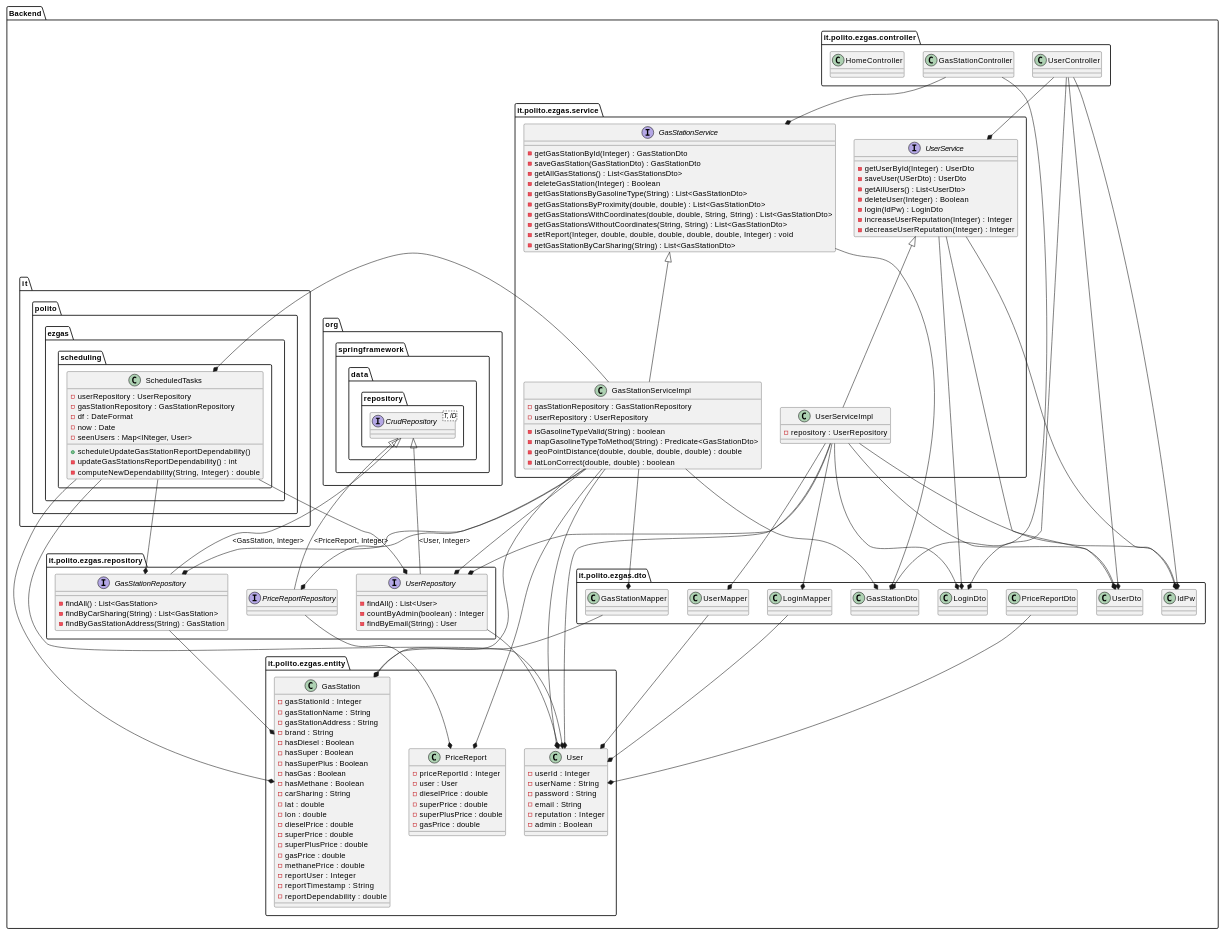
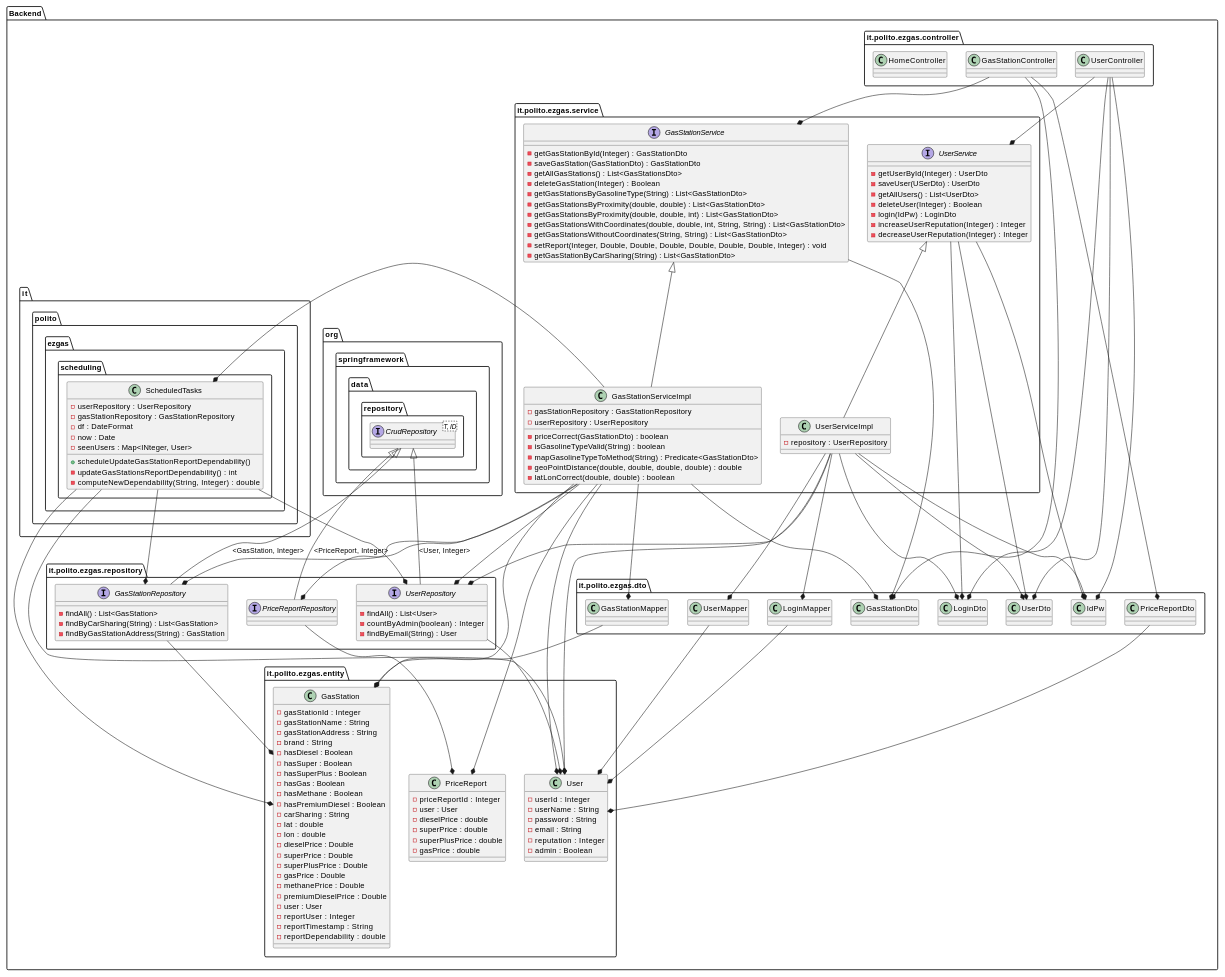
Before and after one commit to polito-se2-2020-team6/ezgas: the fourth of 15 diagrams in docs/DesignDocument.md, drawn with PlantUML. The commit also changed other lines of this file and 3 other files, not shown here.

```diff
--- a/docs/DesignDocument.md
+++ b/docs/DesignDocument.md
@@ -207,9 +206,10 @@
     - deleteGasStation(Integer) : Boolean
     - getGasStationsByGasolineType(String) : List<GasStationDto>
     - getGasStationsByProximity(double, double) : List<GasStationDto>
-    - getGasStationsWithCoordinates(double, double, String, String) : List<GasStationDto>
+    - getGasStationsByProximity(double, double, int) : List<GasStationDto>
+    - getGasStationsWithCoordinates(double, double, int, String, String) : List<GasStationDto>
     - getGasStationsWithoutCoordinates(String, String) : List<GasStationDto>
-    - setReport(Integer, double, double, double, double, double, Integer) : void
+    - setReport(Integer, Double, Double, Double, Double, Double, Double, Integer) : void
     - getGasStationByCarSharing(String) : List<GasStationDto>
 
    }
@@ -225,10 +225,11 @@
 
    }
 
-   	class "GasStationServiceImpl" as gssi {
+	class "GasStationServiceImpl" as gssi {
     - gasStationRepository : GasStationRepository
     - userRepository : UserRepository
 
+	- priceCorrect(GasStationDto) : boolean
     - isGasolineTypeValid(String) : boolean
     - mapGasolineTypeToMethod(String) : Predicate<GasStationDto>
     - geoPointDistance(double, double, double, double) : double
@@ -236,7 +237,7 @@
 	   }
 
 	class "UserServiceImpl" as usi{
-        - repository : UserRepository 
+	- repository : UserRepository 
     }
 
 	gssi -up-|> gss
@@ -262,59 +263,62 @@
 
 package "it.polito.ezgas.entity" as entity {
 	class "User" as u {
-        - userId : Integer
-        - userName : String
-        - password : String
-        - email : String
-        - reputation : Integer
-        - admin : Boolean
+	- userId : Integer
+	- userName : String
+	- password : String
+	- email : String
+	- reputation : Integer
+	- admin : Boolean
 	}
 
 	class "PriceReport" as pr {
-        - priceReportId : Integer
-        - user : User
-        - dieselPrice : double
-        - superPrice : double
-        - superPlusPrice : double
-        - gasPrice : double
+	- priceReportId : Integer
+	- user : User
+	- dieselPrice : double
+	- superPrice : double
+	- superPlusPrice : double
+	- gasPrice : double
 	}
 
 	class "GasStation" as gs {
-        - gasStationId : Integer
-        - gasStationName : String
-        - gasStationAddress : String
-        - brand : String
-        - hasDiesel : Boolean
-        - hasSuper : Boolean
-        - hasSuperPlus : Boolean
-        - hasGas : Boolean
-        - hasMethane : Boolean
-        - carSharing : String
-        - lat : double
-        - lon : double
-        - dieselPrice : double
-        - superPrice : double
-        - superPlusPrice : double
-        - gasPrice : double
-        - methanePrice : double
-        - reportUser : Integer
-        - reportTimestamp : String
-        - reportDependability : double
+	- gasStationId : Integer
+	- gasStationName : String
+	- gasStationAddress : String
+	- brand : String
+	- hasDiesel : Boolean
+	- hasSuper : Boolean
+	- hasSuperPlus : Boolean
+	- hasGas : Boolean
+	- hasMethane : Boolean
+	- hasPremiumDiesel : Boolean
+	- carSharing : String
+	- lat : double
+	- lon : double
+	- dieselPrice : Double
+	- superPrice : Double
+	- superPlusPrice : Double
+	- gasPrice : Double
+	- methanePrice : Double
+	- premiumDieselPrice : Double
+	- user : User
+	- reportUser : Integer
+	- reportTimestamp : String
+	- reportDependability : double
 	}
 
 }
 
 package "it.polito.ezgas.repository" as repository {
 	interface "UserRepository" as urep {
-        - findAll() : List<User>
-        - countByAdmin(boolean) : Integer
-        - findByEmail(String) : User
+	- findAll() : List<User>
+	- countByAdmin(boolean) : Integer
+	- findByEmail(String) : User
 	}
 	interface "PriceReportRepository" as prrep
 	interface "GasStationRepository" as gsrep{
-        - findAll() : List<GasStation>
-        - findByCarSharing(String) : List<GasStation>
-        - findByGasStationAddress(String) : GasStation
+	- findAll() : List<GasStation>
+	- findByCarSharing(String) : List<GasStation>
+	- findByGasStationAddress(String) : GasStation
 	}
 
 }
@@ -325,14 +329,14 @@
 
 package "it.polito.ezgas.scheduling" {
     class "ScheduledTasks" as st {
-        - userRepository : UserRepository
-        - gasStationRepository : GasStationRepository
-        - df : DateFormat
-        - now : Date
-        - seenUsers : Map<INteger, User>
-        + scheduleUpdateGasStationReportDependability()
-        - updateGasStationsReportDependability() : int
-        - computeNewDependability(String, Integer) : double
+	- userRepository : UserRepository
+	- gasStationRepository : GasStationRepository
+	- df : DateFormat
+	- now : Date
+	- seenUsers : Map<INteger, User>
+	+ scheduleUpdateGasStationReportDependability()
+	- updateGasStationsReportDependability() : int
+	- computeNewDependability(String, Integer) : double
     }
 }
 
@@ -378,6 +382,8 @@
 st --* gsrep
 st --* gs
 st --* u
+
+gscont --* prdto
 }
 
 @enduml
```
